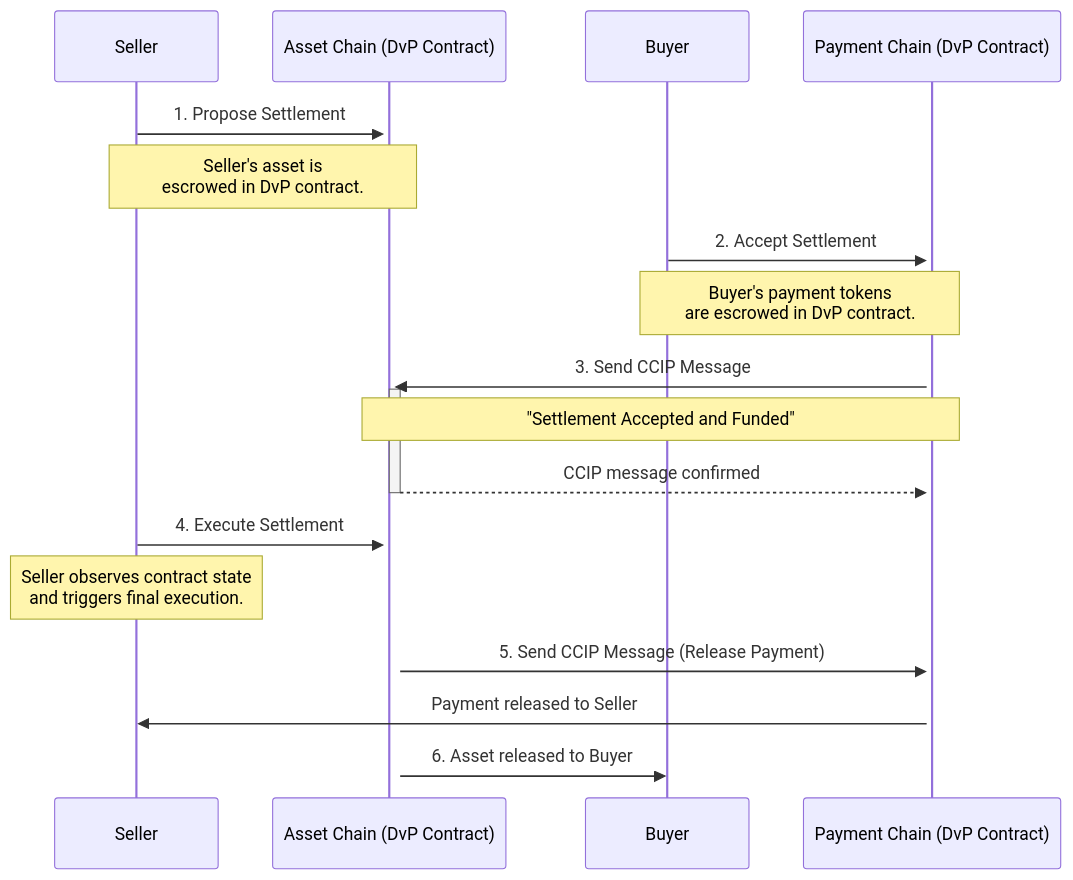
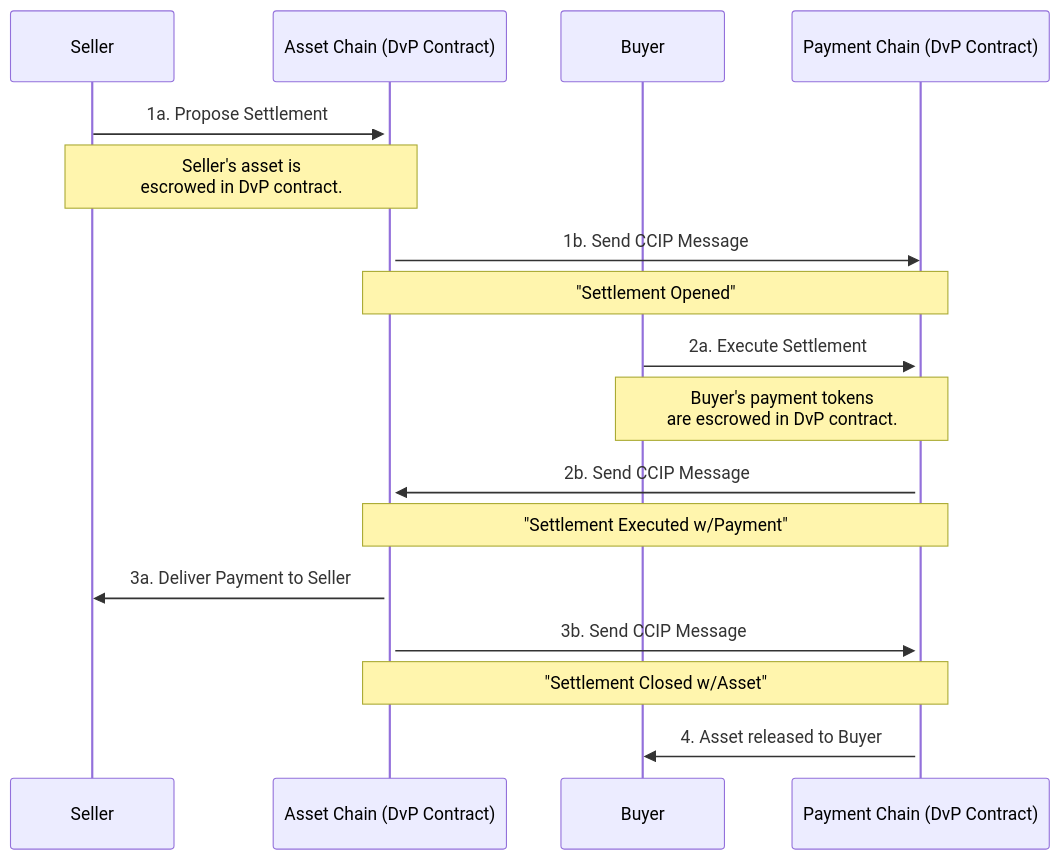
The second of 2 diagrams in services/dvp/README.md (smartcontractkit/crec-sdk), drawn with Mermaid before and after one commit.

````diff
--- a/services/dvp/README.md
+++ b/services/dvp/README.md
@@ -92,26 +92,26 @@
 ```mermaid
 sequenceDiagram
     participant Seller
     participant Asset Chain (DvP Contract)
     participant Buyer
     participant Payment Chain (DvP Contract)
 
-    Seller->>+Asset Chain (DvP Contract): 1. Propose Settlement
+    Seller->>+Asset Chain (DvP Contract): 1a. Propose Settlement
     Note over Seller, Asset Chain (DvP Contract): Seller's asset is<br/>escrowed in DvP contract.
 
-    Buyer->>+Payment Chain (DvP Contract): 2. Accept Settlement
+    Asset Chain (DvP Contract)->>Payment Chain (DvP Contract): 1b. Send CCIP Message
+    Note over Asset Chain (DvP Contract),Payment Chain (DvP Contract): "Settlement Opened"
+
+    Buyer->>+Payment Chain (DvP Contract): 2a. Execute Settlement
     Note over Buyer, Payment Chain (DvP Contract): Buyer's payment tokens<br/>are escrowed in DvP contract.
 
-    Payment Chain (DvP Contract)->>+Asset Chain (DvP Contract): 3. Send CCIP Message
-    Note over Payment Chain (DvP Contract), Asset Chain (DvP Contract): "Settlement Accepted and Funded"
+    Payment Chain (DvP Contract)->>Asset Chain (DvP Contract): 2b. Send CCIP Message
+    Note over Payment Chain (DvP Contract), Asset Chain (DvP Contract): "Settlement Executed w/Payment"
 
-    Asset Chain (DvP Contract)-->>-Payment Chain (DvP Contract): CCIP message confirmed
+    Asset Chain (DvP Contract)->>Seller: 3a. Deliver Payment to Seller
+    Asset Chain (DvP Contract)->>Payment Chain (DvP Contract): 3b. Send CCIP Message
+    
+    Note over Payment Chain (DvP Contract), Asset Chain (DvP Contract): "Settlement Closed w/Asset"
 
-    Seller->>+Asset Chain (DvP Contract): 4. Execute Settlement
-    Note over Seller: Seller observes contract state<br/>and triggers final execution.
-
-    Asset Chain (DvP Contract)->>Payment Chain (DvP Contract): 5. Send CCIP Message (Release Payment)
-    Payment Chain (DvP Contract)->>Seller: Payment released to Seller
-
-    Asset Chain (DvP Contract)->>Buyer: 6. Asset released to Buyer
+    Payment Chain (DvP Contract)->>Buyer: 4. Asset released to Buyer
 ```
````
